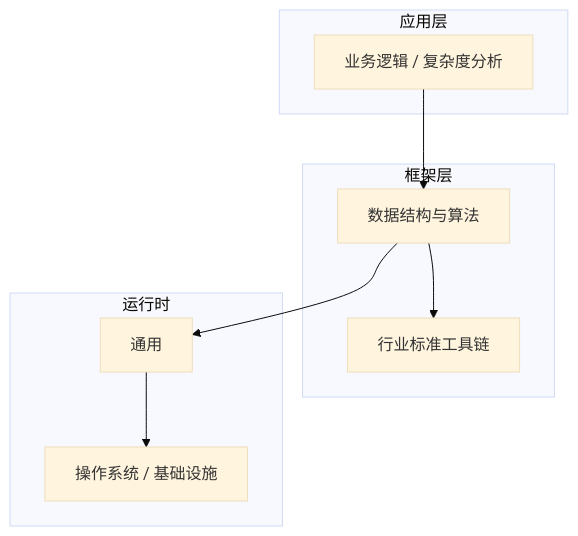
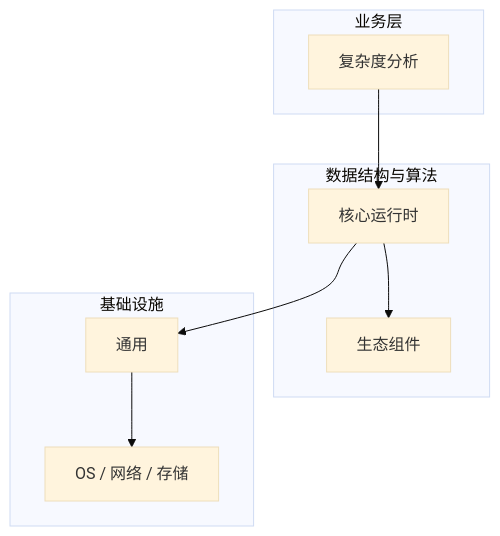
One commit to yanggan2015/knowledge-json-v2 changed the diagram in articles/数据结构与算法/chapters/010-复杂度分析核心概念与原理.md. Above: the diagram before and after it, drawn with Mermaid (base theme). The commit also changed other lines of this file and 10127 other files, not shown here.

````diff
--- a/articles/数据结构与算法/chapters/010-复杂度分析核心概念与原理.md
+++ b/articles/数据结构与算法/chapters/010-复杂度分析核心概念与原理.md
@@ -45,18 +30,18 @@
 ```mermaid
 graph TB
-    subgraph 应用层
-        A[业务逻辑 / 复杂度分析]
+    subgraph 业务层
+        A[复杂度分析]
     end
-    subgraph 框架层
-        B[数据结构与算法]
-        C[行业标准工具链]
+    subgraph 数据结构与算法
+        B[核心运行时]
+        C[生态组件]
     end
-    subgraph 运行时
+    subgraph 基础设施
         D[通用]
-        E[操作系统 / 基础设施]
+        E[OS / 网络 / 存储]
     end
     A --> B
     B --> C
     B --> D
     D --> E
 ```
````
